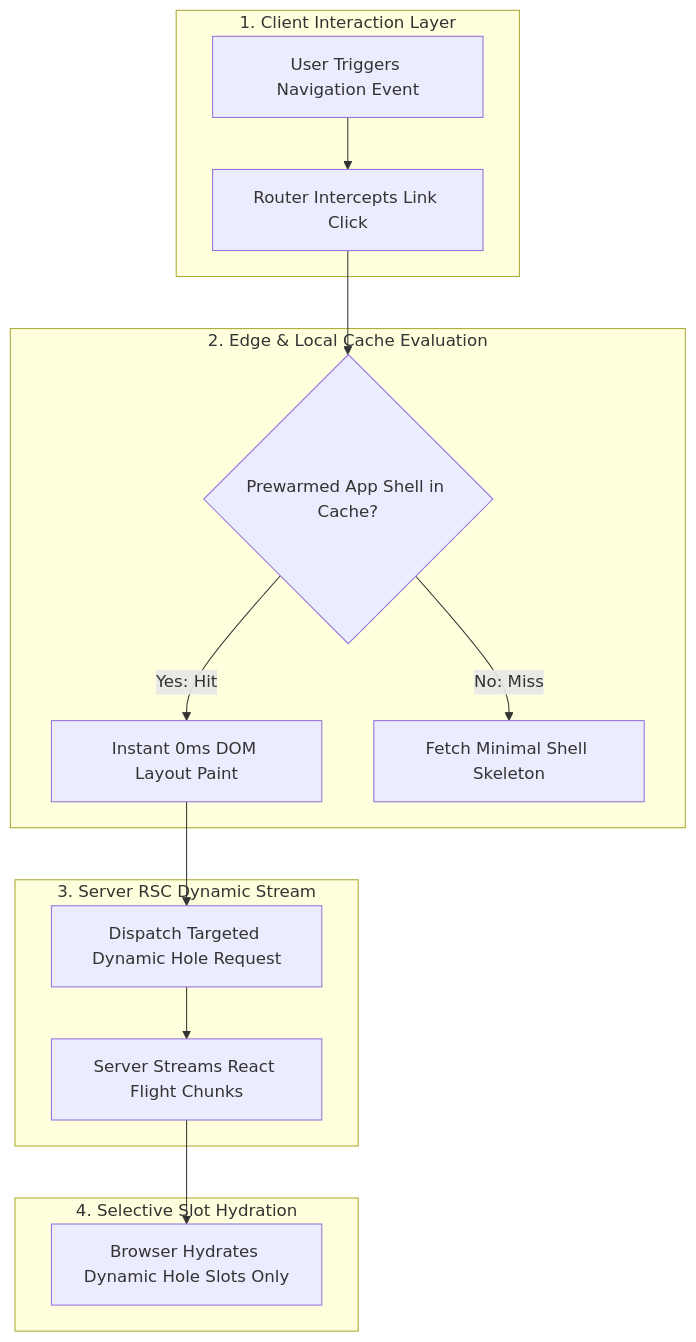
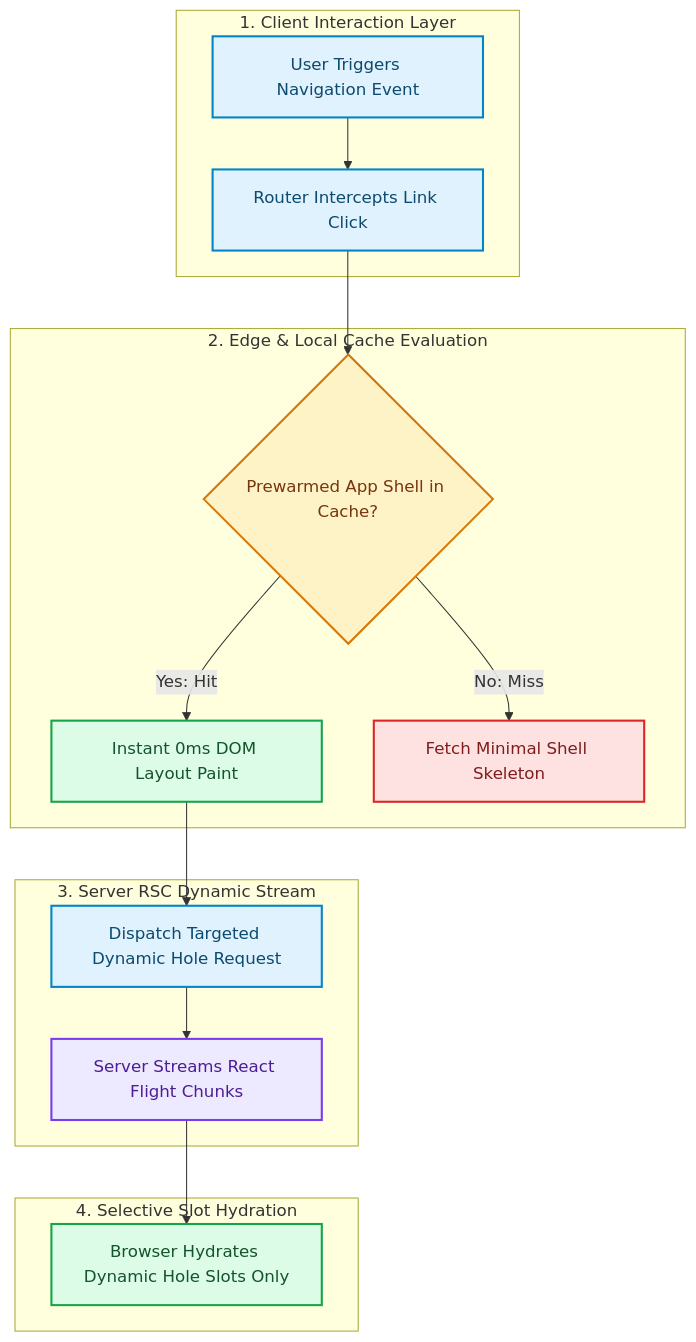
The diagram in .agents/skills/visual-and-cover-art-creator/SKILL.md (akmalkhaniub/akmalkhaniub.github.io), drawn with Mermaid before and after one commit. The commit also changed other lines of this file, not shown here.

Commit message:
feat(diagrams): mandate ByteByteGo vibrant 5-color palette and compact vertical density

````diff
--- a/.agents/skills/visual-and-cover-art-creator/SKILL.md
+++ b/.agents/skills/visual-and-cover-art-creator/SKILL.md
@@ -27,21 +27,27 @@
 ```mermaid
 flowchart TD
+  classDef leader fill:#dcfce7,stroke:#16a34a,stroke-width:2px,color:#14532d;
+  classDef zombie fill:#fee2e2,stroke:#dc2626,stroke-width:2px,color:#7f1d1d;
+  classDef client fill:#e0f2fe,stroke:#0284c7,stroke-width:2px,color:#0c4a6e;
+  classDef decision fill:#fef3c7,stroke:#d97706,stroke-width:2px,color:#78350f;
+  classDef storage fill:#ede9fe,stroke:#7c3aed,stroke-width:2px,color:#4c1d95;
+
   subgraph Step1_Client ["1. Client Interaction Layer"]
-    A["User Triggers Navigation Event"] --> B["Router Intercepts Link Click"]
+    A["User Triggers Navigation Event"]:::client --> B["Router Intercepts Link Click"]:::client
   end
 
   subgraph Step2_EdgeShell ["2. Edge & Local Cache Evaluation"]
-    B --> C{"Prewarmed App Shell in Cache?"}
-    C -->|Yes: Hit| D["Instant 0ms DOM Layout Paint"]
-    C -->|No: Miss| E["Fetch Minimal Shell Skeleton"]
+    B --> C{"Prewarmed App Shell in Cache?"}:::decision
+    C -->|Yes: Hit| D["Instant 0ms DOM Layout Paint"]:::leader
+    C -->|No: Miss| E["Fetch Minimal Shell Skeleton"]:::zombie
   end
 
   subgraph Step3_DynamicStreaming ["3. Server RSC Dynamic Stream"]
-    D --> F["Dispatch Targeted Dynamic Hole Request"]
-    F --> G["Server Streams React Flight Chunks"]
+    D --> F["Dispatch Targeted Dynamic Hole Request"]:::client
+    F --> G["Server Streams React Flight Chunks"]:::storage
   end
 
   subgraph Step4_SlotHydration ["4. Selective Slot Hydration"]
-    G --> H["Browser Hydrates Dynamic Hole Slots Only"]
+    G --> H["Browser Hydrates Dynamic Hole Slots Only"]:::leader
   end
 ```
````
